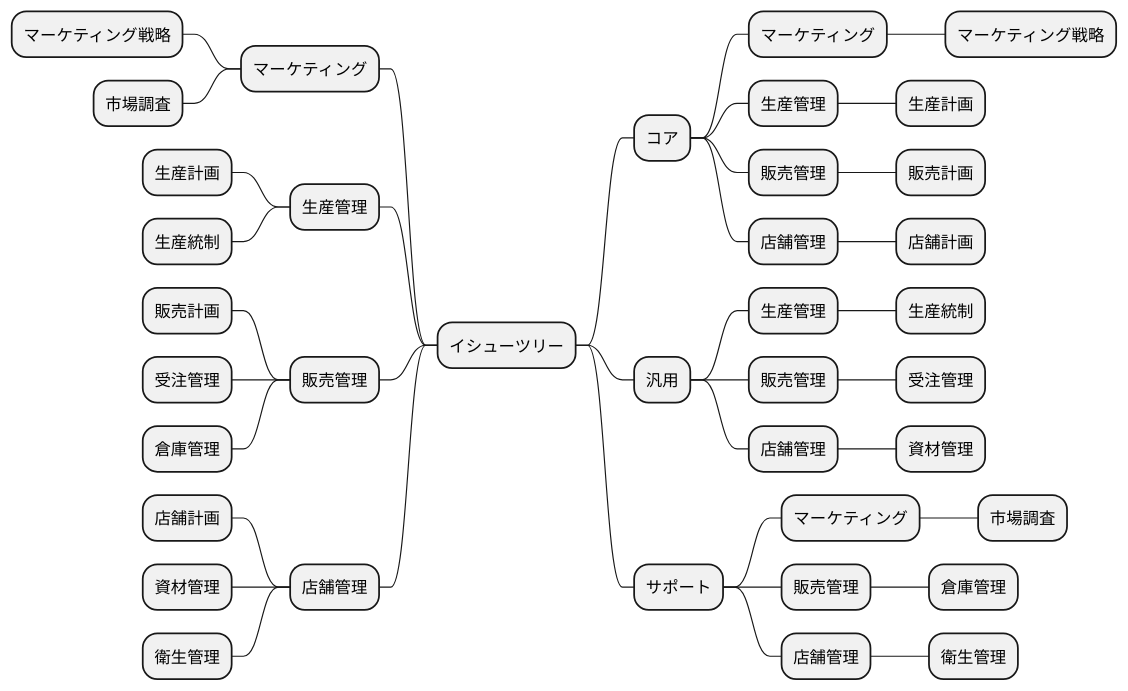
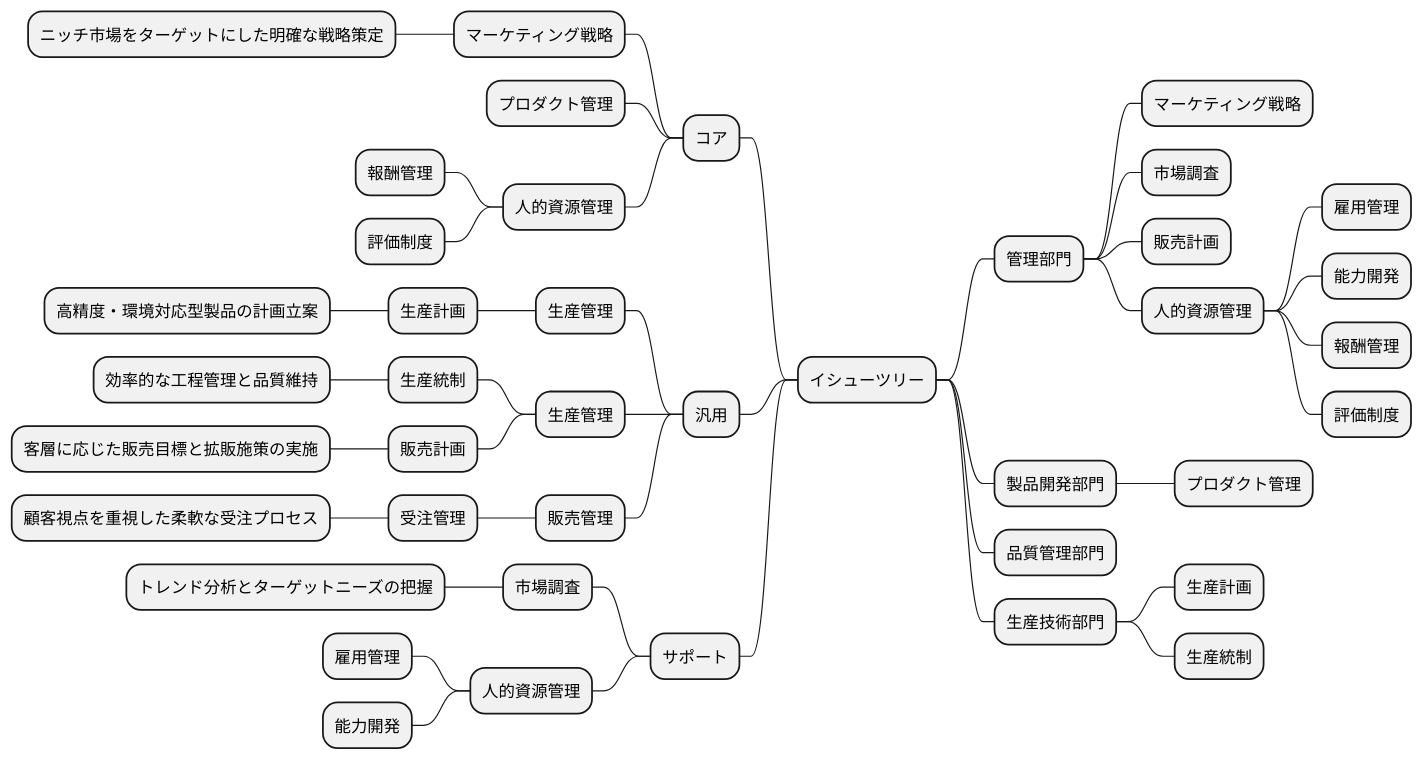
One commit to k2works/case-sutudy-business-analysis changed diagram 15 of 19 in docs/case/h30_case_1.adoc. Above: the diagram before and after it, drawn with PlantUML. The commit also changed other lines of this file, not shown here.

```diff
--- a/docs/case/h30_case_1.adoc
+++ b/docs/case/h30_case_1.adoc
@@ -546,46 +568,49 @@
 [plantuml]
 ----
 @startmindmap
 
 * イシューツリー
+** 管理部門
+*** マーケティング戦略
+*** 市場調査
+*** 販売計画
+*** 人的資源管理
+**** 雇用管理
+**** 能力開発
+**** 報酬管理
+**** 評価制度
+** 製品開発部門
+*** プロダクト管理
+** 品質管理部門
+** 生産技術部門
+*** 生産計画
+*** 生産統制
+left side
 ** コア
-*** マーケティング
-**** マーケティング戦略
+*** マーケティング戦略
+**** ニッチ市場をターゲットにした明確な戦略策定
+*** プロダクト管理
+*** 人的資源管理
+**** 報酬管理
+**** 評価制度
+** 汎用
 *** 生産管理
 **** 生産計画
-*** 販売管理
-**** 販売計画
-*** 店舗管理
-**** 店舗計画
-** 汎用
+***** 高精度・環境対応型製品の計画立案
 *** 生産管理
 **** 生産統制
+***** 効率的な工程管理と品質維持
+**** 販売計画
+***** 客層に応じた販売目標と拡販施策の実施
 *** 販売管理
 **** 受注管理
-*** 店舗管理
-**** 資材管理
+***** 顧客視点を重視した柔軟な受注プロセス
 ** サポート
-*** マーケティング
-**** 市場調査
-*** 販売管理
-**** 倉庫管理
-*** 店舗管理
-**** 衛生管理
-left side
-** マーケティング
-*** マーケティング戦略
 *** 市場調査
-** 生産管理
-*** 生産計画
-*** 生産統制
-** 販売管理
-*** 販売計画
-*** 受注管理
-*** 倉庫管理
-** 店舗管理
-*** 店舗計画
-*** 資材管理
-*** 衛生管理
+**** トレンド分析とターゲットニーズの把握
+*** 人的資源管理
+**** 雇用管理
+**** 能力開発
 
 @endmindmap
 ----
```
